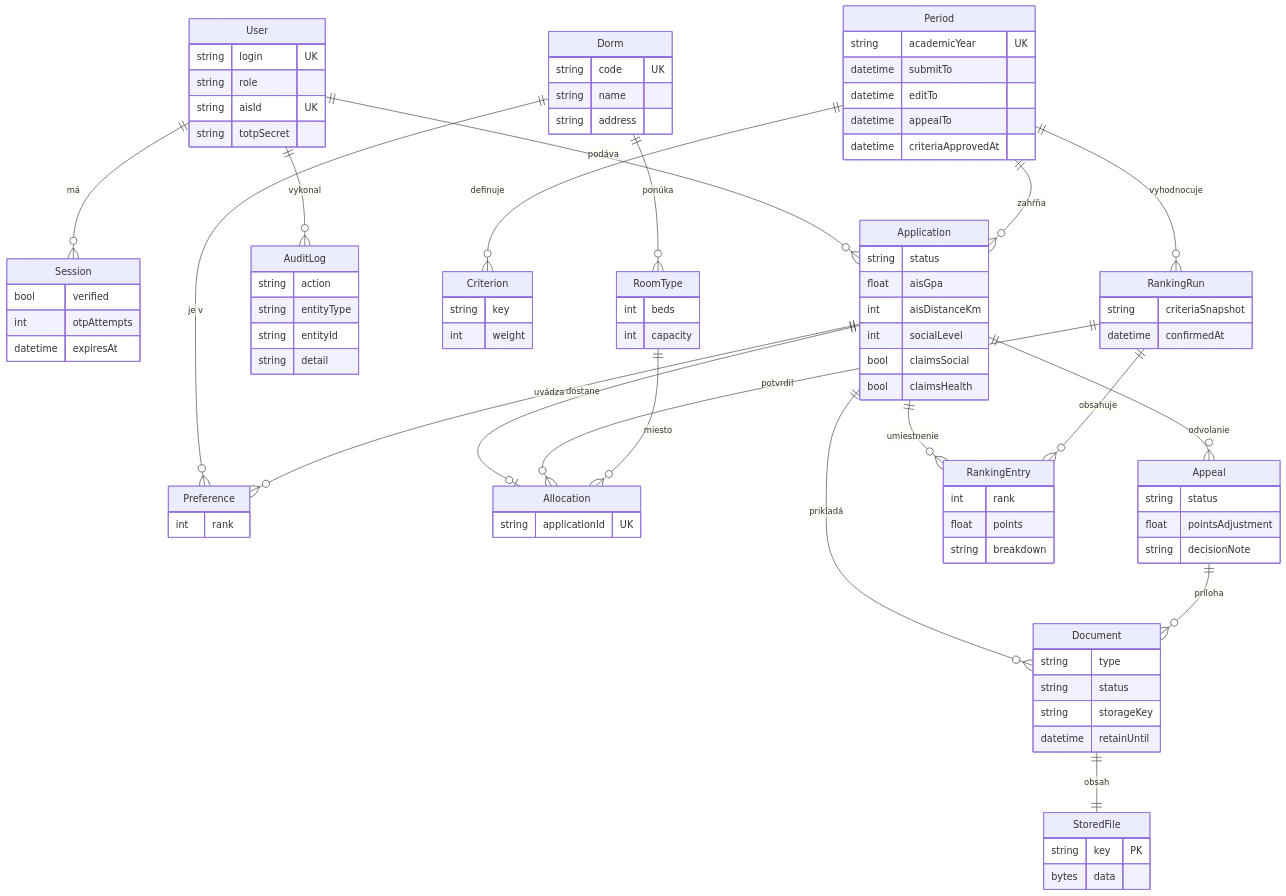
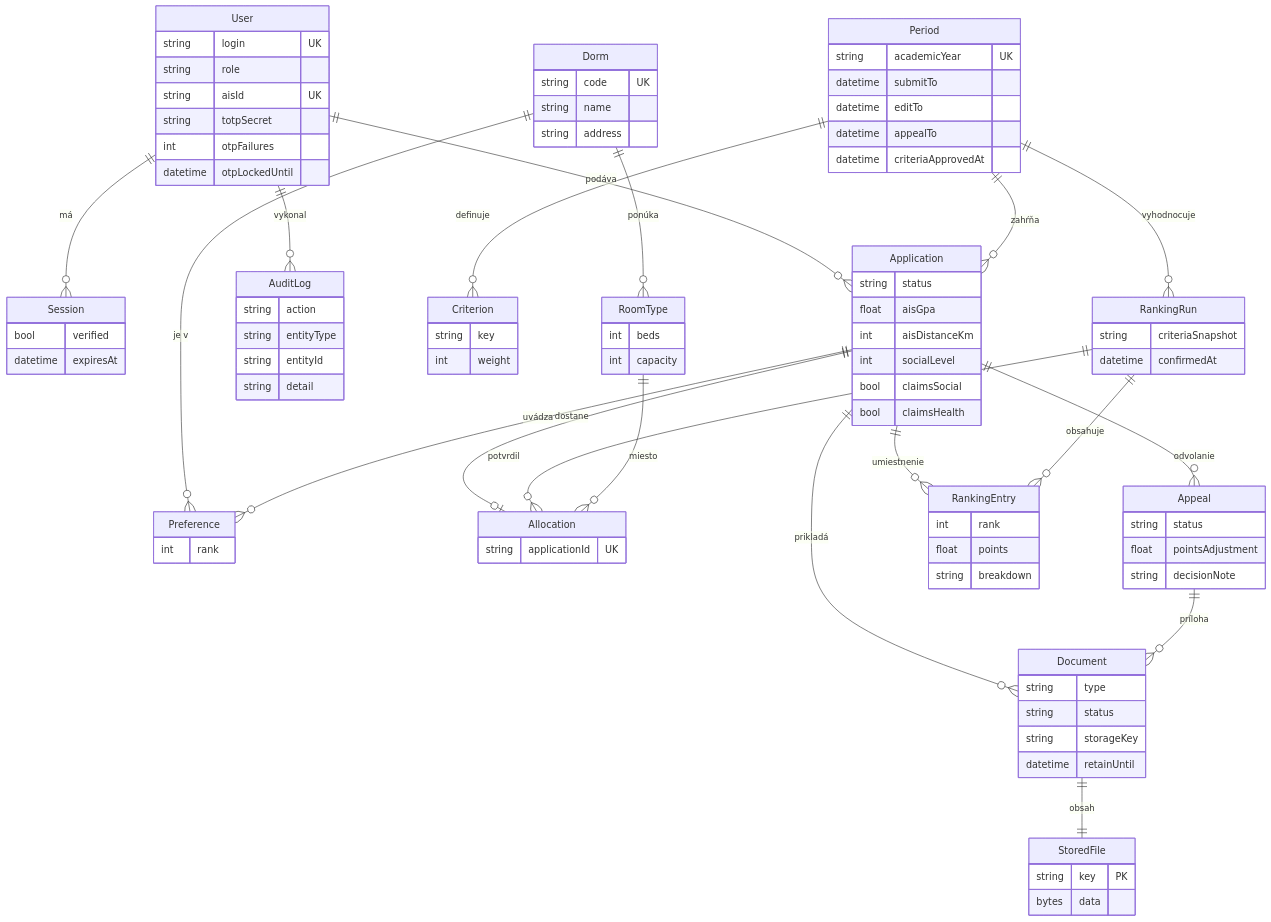
The diagram in docs/diagram/er.mmd (martinos133/SWI), drawn with Mermaid before and after one commit. The commit also changed 14 other files, not shown here.

```diff
--- a/docs/diagram/er.mmd
+++ b/docs/diagram/er.mmd
@@ -1,35 +1,35 @@
 erDiagram
   User ||--o{ Session : "má"
   User ||--o{ Application : "podáva"
   User ||--o{ AuditLog : "vykonal"
   Period ||--o{ Criterion : "definuje"
   Period ||--o{ Application : "zahŕňa"
   Period ||--o{ RankingRun : "vyhodnocuje"
   Dorm ||--o{ RoomType : "ponúka"
   Dorm ||--o{ Preference : "je v"
   Application ||--o{ Preference : "uvádza"
   Application ||--o{ Document : "prikladá"
   Application ||--o| Allocation : "dostane"
   Application ||--o{ Appeal : "odvolanie"
   Application ||--o{ RankingEntry : "umiestnenie"
   Appeal ||--o{ Document : "príloha"
   RankingRun ||--o{ RankingEntry : "obsahuje"
   RankingRun ||--o{ Allocation : "potvrdil"
   RoomType ||--o{ Allocation : "miesto"
   Document ||--|| StoredFile : "obsah"
 
-  User { string login UK string role string aisId UK string totpSecret }
+  User { string login UK string role string aisId UK string totpSecret int otpFailures datetime otpLockedUntil }
   Period { string academicYear UK datetime submitTo datetime editTo datetime appealTo datetime criteriaApprovedAt }
   Criterion { string key int weight }
   Dorm { string code UK string name string address }
   RoomType { int beds int capacity }
   Application { string status float aisGpa int aisDistanceKm int socialLevel bool claimsSocial bool claimsHealth }
   Preference { int rank }
   Document { string type string status string storageKey datetime retainUntil }
   StoredFile { string key PK bytes data }
   RankingRun { string criteriaSnapshot datetime confirmedAt }
   RankingEntry { int rank float points string breakdown }
   Allocation { string applicationId UK }
   Appeal { string status float pointsAdjustment string decisionNote }
   AuditLog { string action string entityType string entityId string detail }
-  Session { bool verified int otpAttempts datetime expiresAt }
+  Session { bool verified datetime expiresAt }
```
